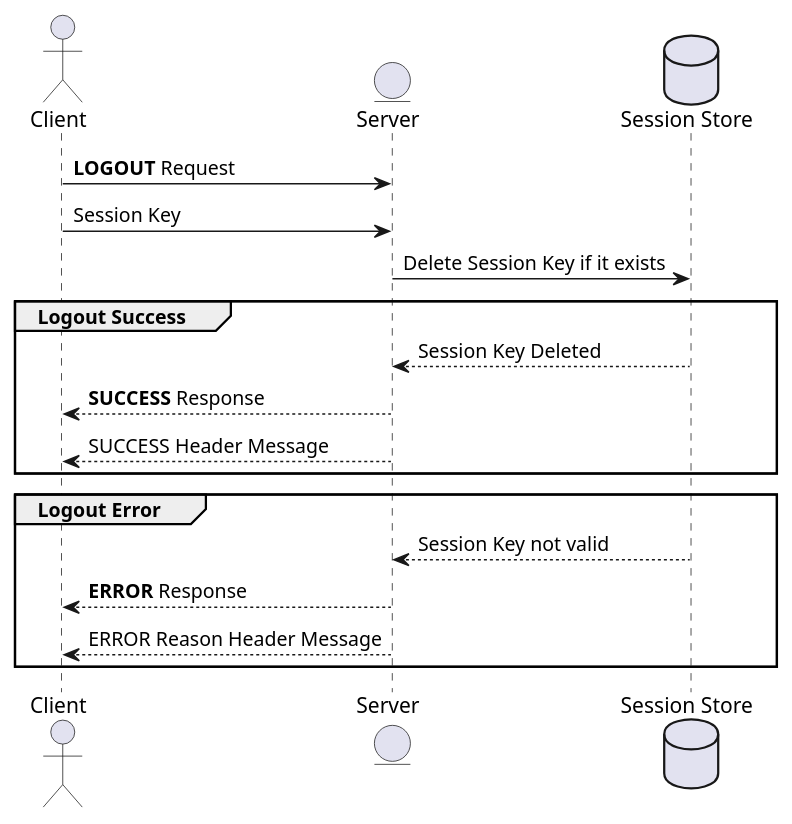
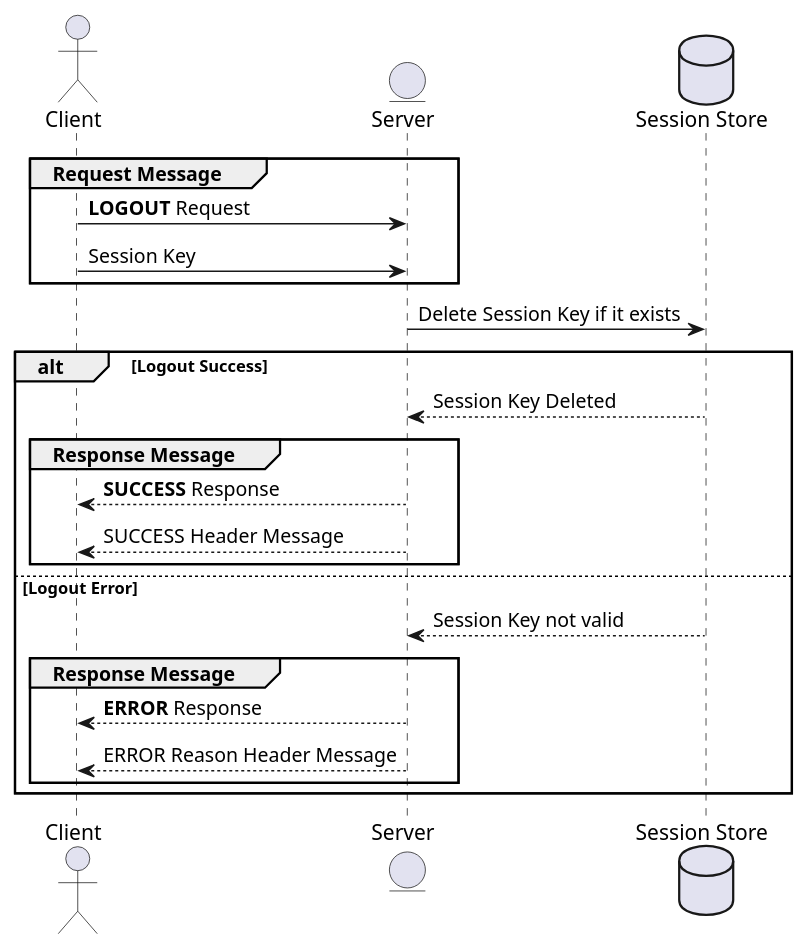
One commit to mdgriffin/distributed-computing-project changed the diagram in diagrams/logout_sequence.puml. Above: the diagram before and after it, drawn with PlantUML. The commit also changed 4 other files, not shown here.

```diff
--- a/diagrams/logout_sequence.puml
+++ b/diagrams/logout_sequence.puml
@@ -1,22 +1,26 @@
 @startuml
 actor Client
 entity Server
 Database "Session Store"
 
-Client -> Server: **LOGOUT** Request
-Client -> Server: Session Key
+group Request Message
+    Client -> Server: **LOGOUT** Request
+    Client -> Server: Session Key
+end
 
 Server -> "Session Store": Delete Session Key if it exists
 
-group Logout Success
+alt Logout Success
     "Session Store" --> Server: Session Key Deleted
-    Server --> Client: **SUCCESS** Response
-    Server --> Client: SUCCESS Header Message
-end
-
-group Logout Error
+    group Response Message
+        Server --> Client: **SUCCESS** Response
+        Server --> Client: SUCCESS Header Message
+    end
+else Logout Error
     "Session Store" --> Server: Session Key not valid
-    Server --> Client: **ERROR** Response
-    Server --> Client: ERROR Reason Header Message
+    group Response Message
+        Server --> Client: **ERROR** Response
+        Server --> Client: ERROR Reason Header Message
+    end
 end
 @enduml
```
